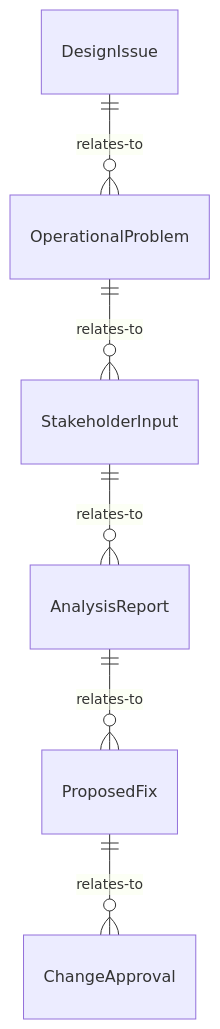
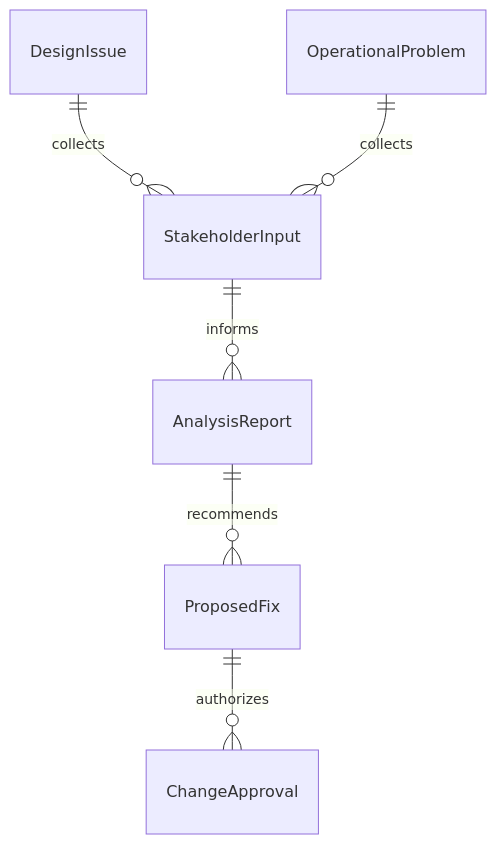
Before and after one commit to dot-org-ai/tasks.org.ai: the first of 4 diagrams in CommunicatingWithSupervisorsPeersOrSubordinates/CoordinateWithOthersToResolveProblems/ConferPersonnelResolveDesignOperational.mdx, drawn with Mermaid. The commit also changed other lines of this file and 515 other files, not shown here.

````diff
--- a/CommunicatingWithSupervisorsPeersOrSubordinates/CoordinateWithOthersToResolveProblems/ConferPersonnelResolveDesignOperational.mdx
+++ b/CommunicatingWithSupervisorsPeersOrSubordinates/CoordinateWithOthersToResolveProblems/ConferPersonnelResolveDesignOperational.mdx
@@ -88,8 +88,8 @@
 ```mermaid
 erDiagram
-    DesignIssue ||--o{ OperationalProblem : relates-to
-    OperationalProblem ||--o{ StakeholderInput : relates-to
-    StakeholderInput ||--o{ AnalysisReport : relates-to
-    AnalysisReport ||--o{ ProposedFix : relates-to
-    ProposedFix ||--o{ ChangeApproval : relates-to
+    DesignIssue ||--o{ StakeholderInput : collects
+    OperationalProblem ||--o{ StakeholderInput : collects
+    StakeholderInput ||--o{ AnalysisReport : informs
+    AnalysisReport ||--o{ ProposedFix : recommends
+    ProposedFix ||--o{ ChangeApproval : authorizes
 ```
````
